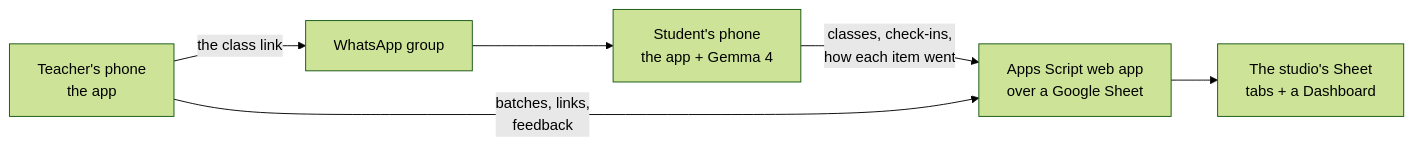
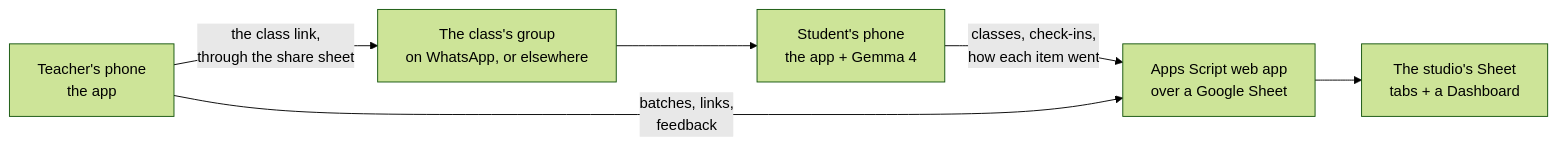
Before and after one commit to DhwaniMundra/satt_chitt_anand_yoga: the diagram in README.md, drawn with Mermaid (forest theme). The commit also changed other lines of this file and 6 other files, not shown here.

First line of the commit message:
Docs and notes: WhatsApp is one way to share, not a dependency

````diff
--- a/README.md
+++ b/README.md
@@ -54,8 +55,8 @@
 ```mermaid
 flowchart LR
     S[Student's phone<br/>the app + Gemma 4] -- "classes, check-ins,<br/>how each item went" --> B[Apps Script web app<br/>over a Google Sheet]
     T[Teacher's phone<br/>the app] -- "batches, links,<br/>feedback" --> B
     B --> O[The studio's Sheet<br/>tabs + a Dashboard]
-    T -- "the class link" --> W[WhatsApp group]
+    T -- "the class link,<br/>through the share sheet" --> W[The class's group<br/>on WhatsApp, or elsewhere]
     W --> S
 ```
````
